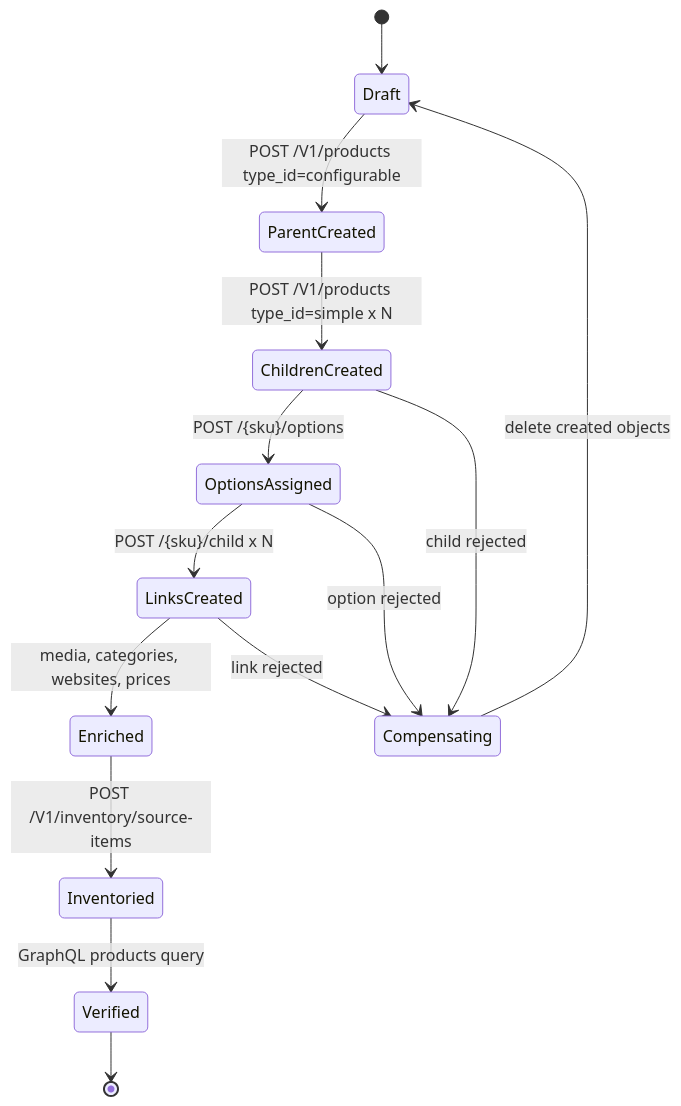
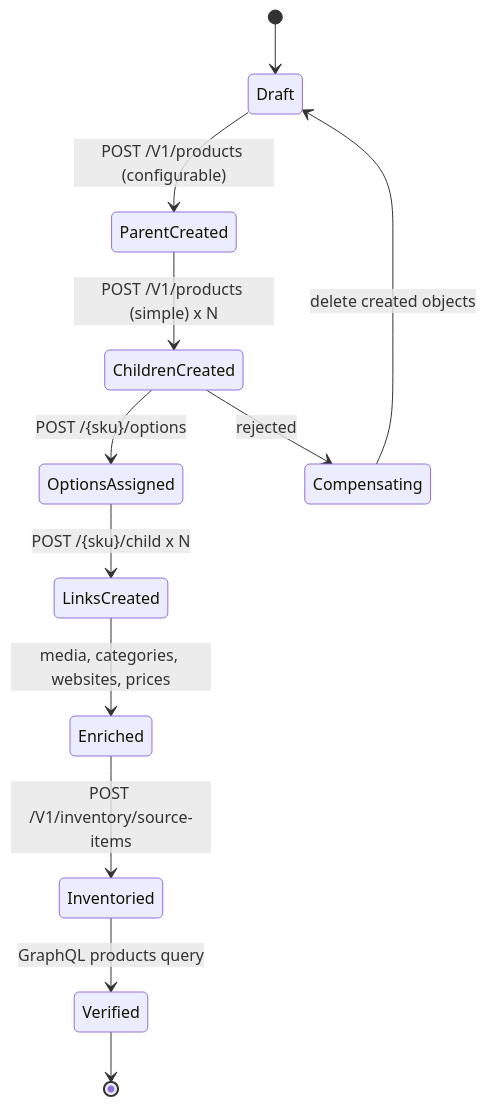
The diagram in docs/integrations/magento.md (shuaiZend/mage2mcp), drawn with Mermaid before and after one commit. The commit also changed other lines of this file and 37 other files, not shown here.

````diff
--- a/docs/integrations/magento.md
+++ b/docs/integrations/magento.md
@@ -374,16 +186,14 @@
 ```mermaid
 stateDiagram-v2
     [*] --> Draft
-    Draft --> ParentCreated: POST /V1/products type_id=configurable
-    ParentCreated --> ChildrenCreated: POST /V1/products type_id=simple x N
+    Draft --> ParentCreated: POST /V1/products (configurable)
+    ParentCreated --> ChildrenCreated: POST /V1/products (simple) x N
     ChildrenCreated --> OptionsAssigned: POST /{sku}/options
     OptionsAssigned --> LinksCreated: POST /{sku}/child x N
     LinksCreated --> Enriched: media, categories, websites, prices
     Enriched --> Inventoried: POST /V1/inventory/source-items
     Inventoried --> Verified: GraphQL products query
     Verified --> [*]
-    ChildrenCreated --> Compensating: child rejected
-    OptionsAssigned --> Compensating: option rejected
-    LinksCreated --> Compensating: link rejected
+    ChildrenCreated --> Compensating: rejected
     Compensating --> Draft: delete created objects
 ```
````
